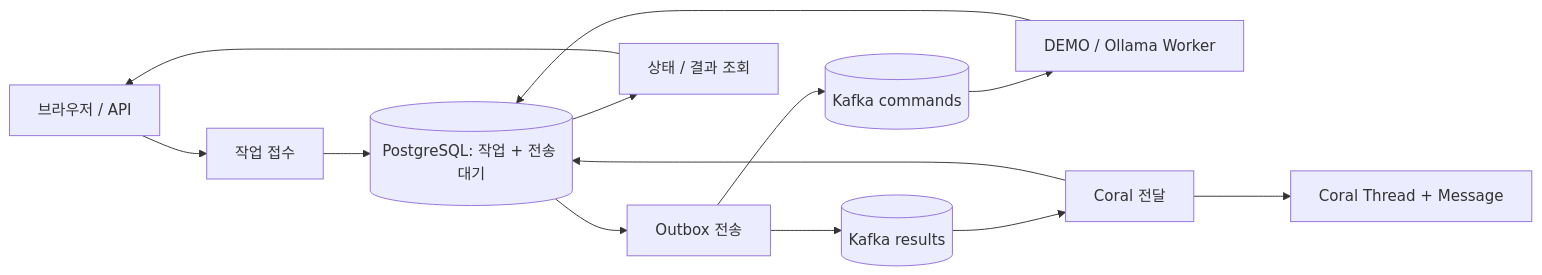
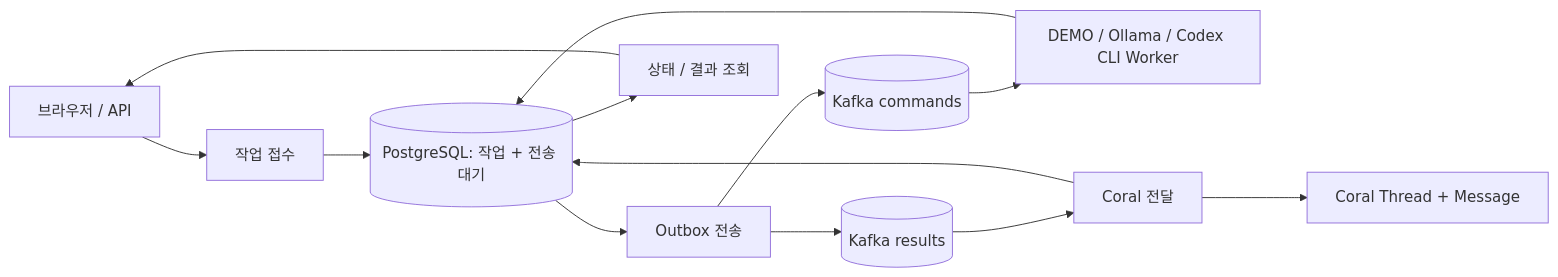
The first of 2 diagrams in README.md (deepwhale-labs/event-driven-llm), drawn with Mermaid before and after one commit. The commit also changed other lines of this file and 21 other files, not shown here.

Commit message:
feat: run inference through native Codex CLI

````diff
--- a/README.md
+++ b/README.md
@@ -64,15 +64,15 @@
 ```mermaid
 flowchart LR
     Client[브라우저 / API] --> API[작업 접수]
     API --> DB[(PostgreSQL: 작업 + 전송 대기)]
     DB --> Publisher[Outbox 전송]
     Publisher --> Commands[(Kafka commands)]
-    Commands --> Worker[DEMO / Ollama Worker]
+    Commands --> Worker[DEMO / Ollama / Codex CLI Worker]
     Worker --> DB
     Publisher --> Results[(Kafka results)]
     Results --> Notifier[Coral 전달]
     Notifier --> Coral[Coral Thread + Message]
     Notifier --> DB
     DB --> Query[상태 / 결과 조회]
     Query --> Client
 ```
````
